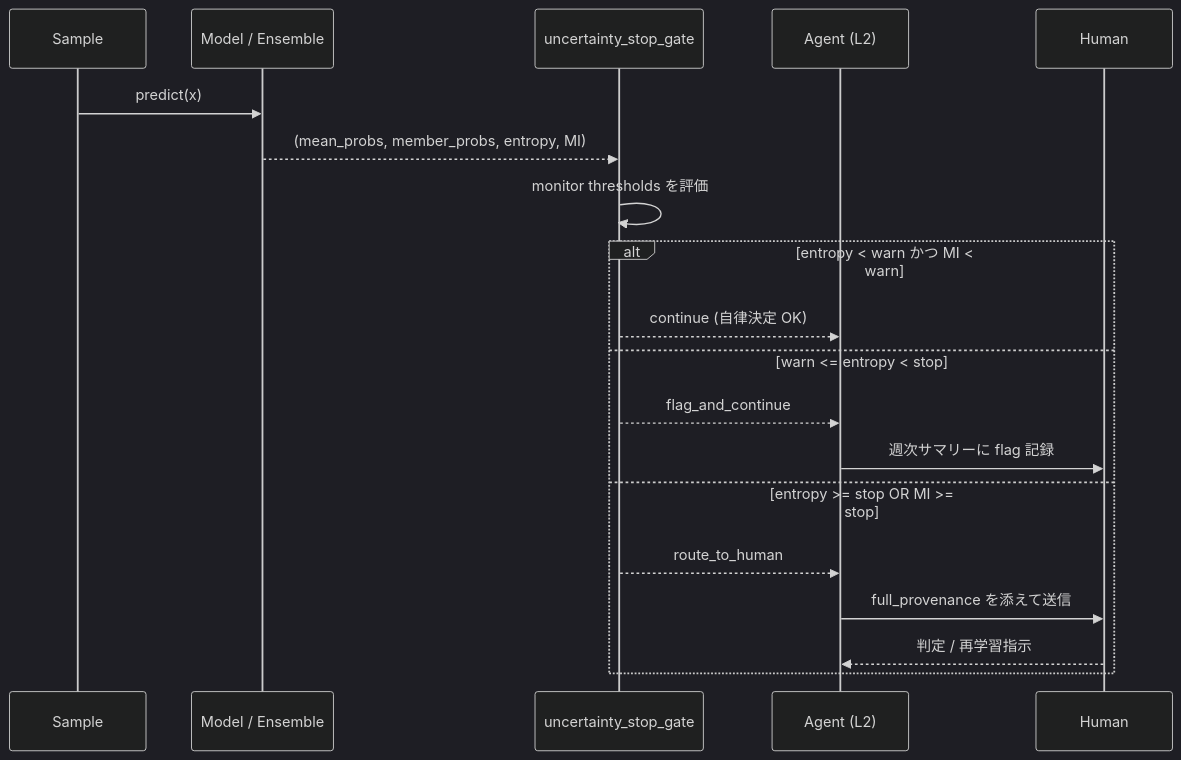
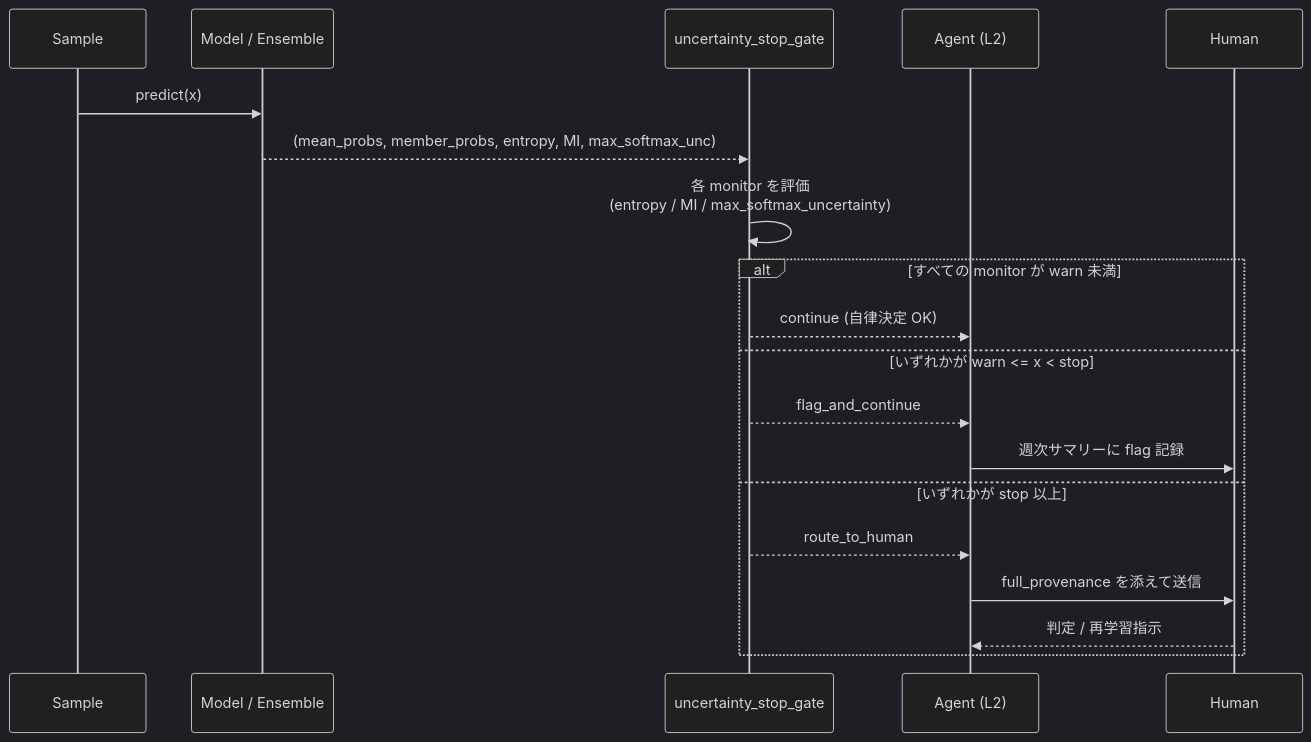
One commit to nahisaho/agentic-data-analysis-cookbook changed the second of 2 diagrams in papers/vol-03/chapter-08.md. Above: the diagram before and after it, drawn with Mermaid (dark theme). The commit also changed other lines of this file, not shown here.

````diff
--- a/papers/vol-03/chapter-08.md
+++ b/papers/vol-03/chapter-08.md
@@ -434,22 +492,22 @@
 ```mermaid
 sequenceDiagram
     participant S as Sample
     participant M as Model / Ensemble
     participant G as uncertainty_stop_gate
     participant A as Agent (L2)
     participant H as Human
 
     S->>M: predict(x)
-    M-->>G: (mean_probs, member_probs, entropy, MI)
-    G->>G: monitor thresholds を評価
-    alt entropy < warn かつ MI < warn
+    M-->>G: (mean_probs, member_probs, entropy, MI, max_softmax_unc)
+    G->>G: 各 monitor を評価<br/>(entropy / MI / max_softmax_uncertainty)
+    alt すべての monitor が warn 未満
         G-->>A: continue (自律決定 OK)
-    else warn <= entropy < stop
+    else いずれかが warn <= x < stop
         G-->>A: flag_and_continue
         A->>H: 週次サマリーに flag 記録
-    else entropy >= stop OR MI >= stop
+    else いずれかが stop 以上
         G-->>A: route_to_human
         A->>H: full_provenance を添えて送信
         H-->>A: 判定 / 再学習指示
     end
 ```
````
